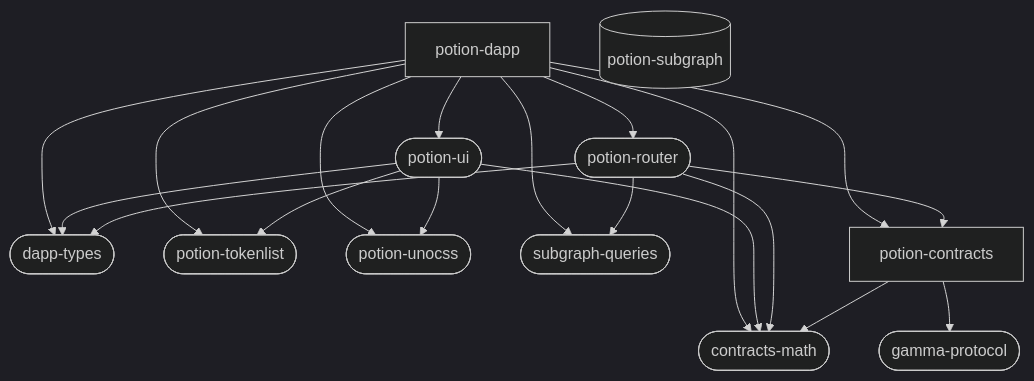
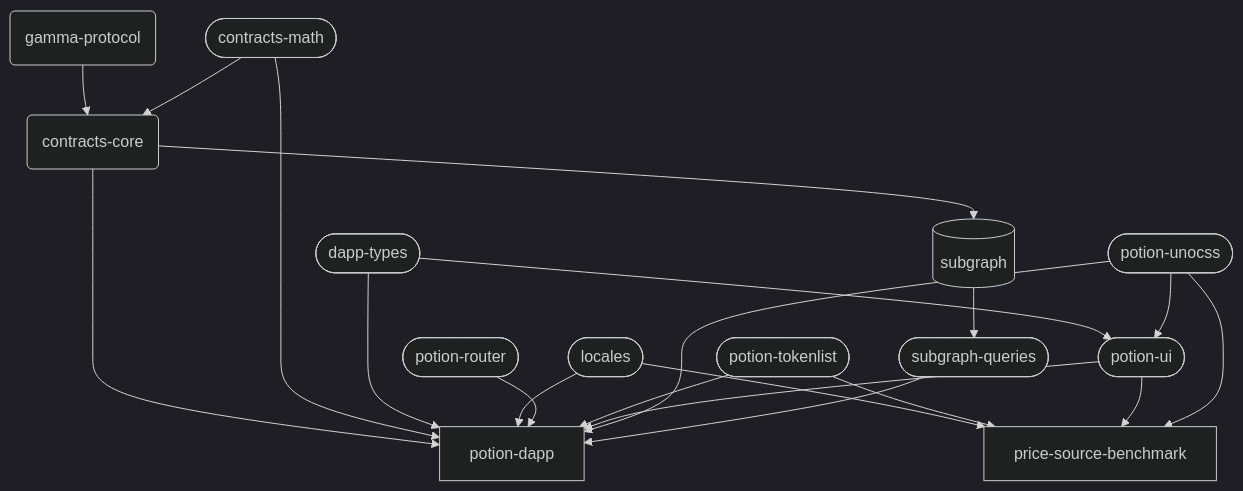
One commit to ntropika-labs/potion-protocol changed the diagram in README.md. Above: the diagram before and after it, drawn with Mermaid (dark theme).

Commit message:
docs: update monorepo overview

````diff
--- a/README.md
+++ b/README.md
@@ -214,32 +214,35 @@
 ```mermaid
     graph TD;
       A[potion-dapp]
-      A --> C;
-      A --> D;
-      A --> E;
-      A --> F;
-      A --> G;
-      A --> H;
-      A --> I;
-      A --> J;
-      B[(potion-subgraph)];
-      C([potion-ui]);
-      C --> E;
-      C --> F;
-      C --> G;
-      C --> J;
-      D([potion-router]);
-      D --> E;
-      D --> H;
-      D --> I;
-      D --> J;
-      E([dapp-types]);
-      F([potion-tokenlist]);
-      G([potion-unocss]);
-      H([subgraph-queries]);
-      I[potion-contracts];
-      I --> J;
-      I --> K;
-      J([contracts-math]);
-      K([gamma-protocol]);
+      B[price-source-benchmark]
+      C[(subgraph)]
+      D(contracts-core)
+      E(gamma-protocol)
+      F([contracts-math])
+      G([dapp-types])
+      H([locales])
+      I([potion-router])
+      J([potion-tokenlist])
+      K([potion-ui])
+      L([potion-unocss])
+      M([subgraph-queries])
+      C --> M
+      D --> A
+      D --> C
+      E --> D
+      F --> A
+      F --> D
+      G --> A
+      G --> K
+      H --> A
+      H --> B
+      I --> A
+      J --> A
+      J --> B
+      K --> A
+      K --> B
+      L --> A
+      L --> B
+      L --> K
+      M --> A
 ```
````
